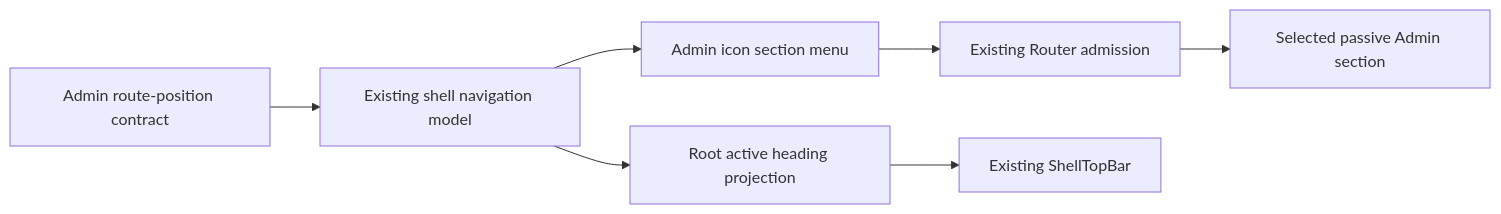
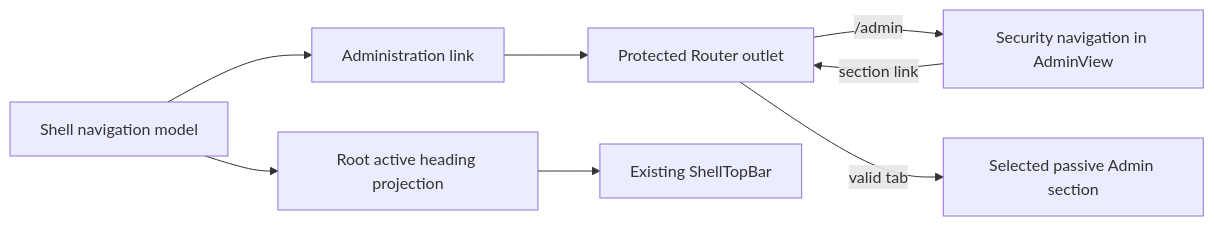
Before and after one commit to dunay2/dvt: the fourth of 35 diagrams in docs/architecture/components/web/appshell/app-shell.md, drawn with Mermaid. The commit also changed other lines of this file and 19 other files, not shown here.

Commit message:
feat(web): Open the security menu in the Administration workspace (#3968)

````diff
--- a/docs/architecture/components/web/appshell/app-shell.md
+++ b/docs/architecture/components/web/appshell/app-shell.md
@@ -172,9 +169,10 @@
 ```mermaid
 flowchart LR
-  Admin["Admin route-position contract"] --> Model["Existing shell navigation model"]
-  Model --> Menu["Admin icon section menu"]
-  Menu --> Router["Existing Router admission"]
-  Router --> Content["Selected passive Admin section"]
+  Model["Shell navigation model"] --> Shield["Administration link"]
+  Shield --> Router["Protected Router outlet"]
+  Router -->|"/admin"| Index["Security navigation in AdminView"]
+  Index -->|"section link"| Router
+  Router -->|"valid tab"| Content["Selected passive Admin section"]
   Model --> Heading["Root active heading projection"]
   Heading --> TopBar["Existing ShellTopBar"]
 ```
````
